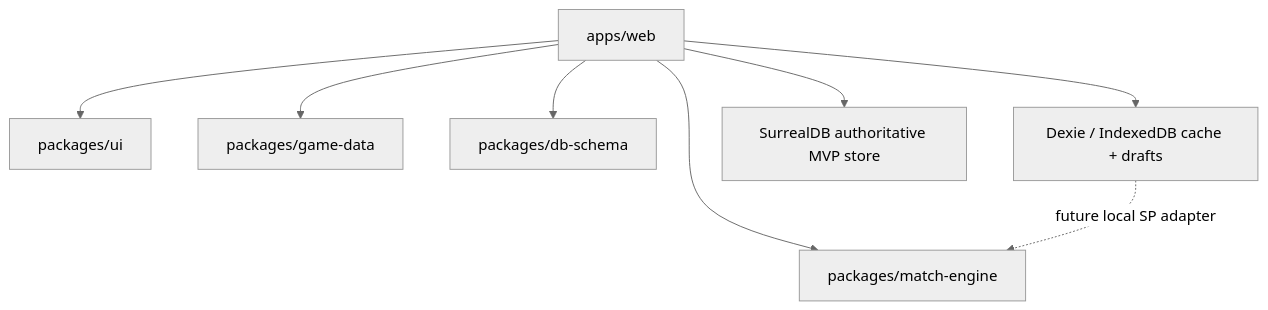
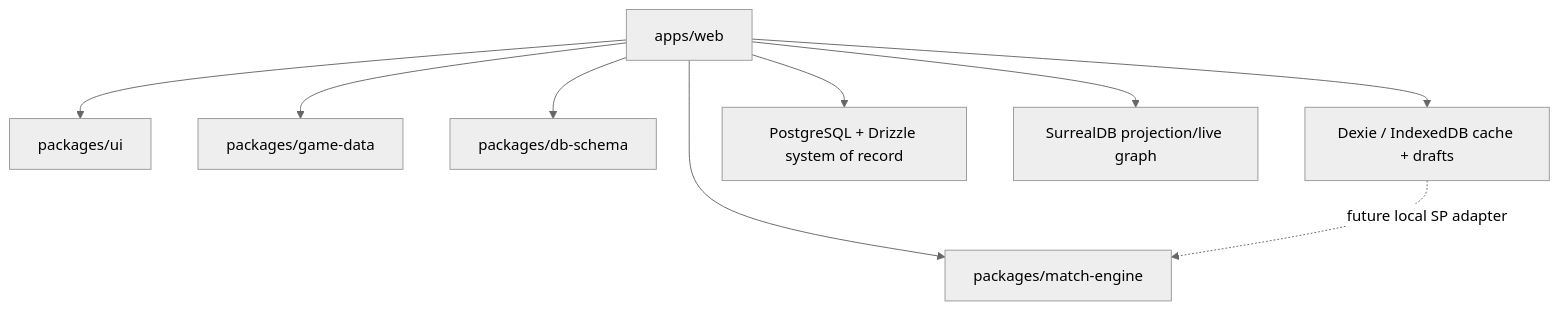
Before and after one commit to EtroxTaran/klubhaus-elf: the first of 2 diagrams in docs/10-Architecture/05-Building-Blocks.md, drawn with Mermaid (neutral theme). The commit also changed other lines of this file and 21 other files, not shown here.

````diff
--- a/docs/10-Architecture/05-Building-Blocks.md
+++ b/docs/10-Architecture/05-Building-Blocks.md
@@ -19,10 +19,11 @@
 ```mermaid
 flowchart TB
   Web[apps/web] --> UI[packages/ui]
   Web --> Data[packages/game-data]
   Web --> Schema[packages/db-schema]
   Web --> Engine[packages/match-engine]
   Web --> Dexie[Dexie / IndexedDB cache + drafts]
-  Web --> Surreal[SurrealDB authoritative MVP store]
+  Web --> Postgres[PostgreSQL + Drizzle system of record]
+  Web --> Surreal[SurrealDB projection/live graph]
   Dexie -. future local SP adapter .-> Engine
 ```
````
